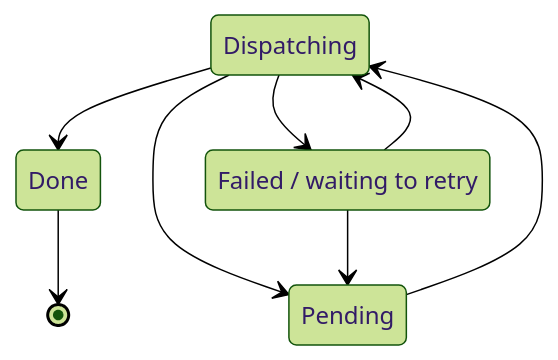
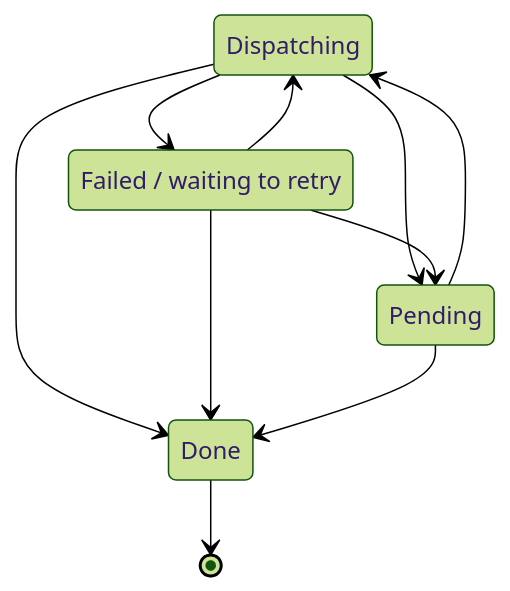
Before and after one commit to Tejesh080/Roofops: the fifth of 10 diagrams in docs/state-machines.md, drawn with Mermaid (forest theme). The commit also changed other lines of this file, not shown here.

````diff
--- a/docs/state-machines.md
+++ b/docs/state-machines.md
@@ -157,14 +157,16 @@
 ```mermaid
 stateDiagram-v2
   DISPATCHING: Dispatching
   DONE: Done
   FAILED: Failed / waiting to retry
   PENDING: Pending
   DISPATCHING --> DONE
   DISPATCHING --> FAILED
   DISPATCHING --> PENDING
   FAILED --> DISPATCHING
+  FAILED --> DONE
   FAILED --> PENDING
   PENDING --> DISPATCHING
+  PENDING --> DONE
   DONE --> [*]
 ```
````
